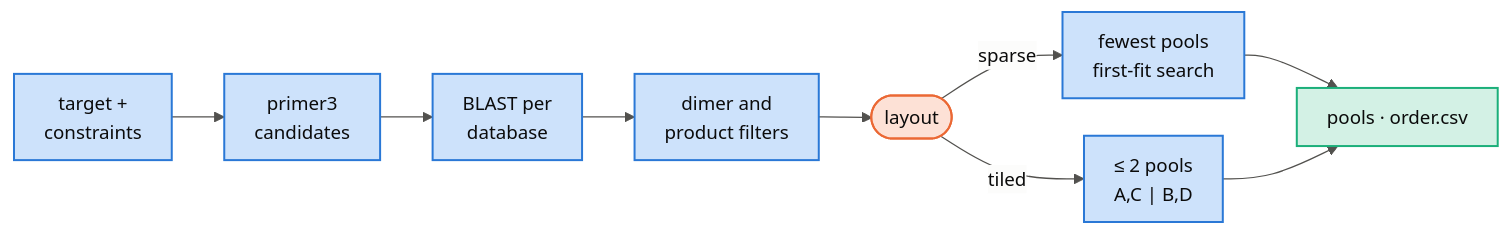
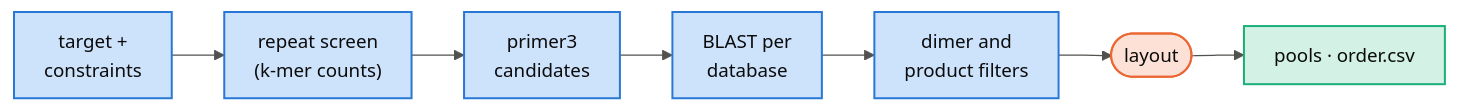
Before and after one commit to AHumanBrain/my_amplicon_project: the second of 6 diagrams in README.md, drawn with Mermaid. The commit also changed other lines of this file and 16 other files, not shown here.

First line of the commit message:
cleanup: drop IGV figure scripts, relaxed_design, ecoli_tiled_100, ncbi_data placeholder; rebuild README around SARS-CoV-2 with new figures

````diff
--- a/README.md
+++ b/README.md
@@ -82,16 +77,14 @@
 ```mermaid
 %%{init: {"theme":"base","themeVariables":{"fontFamily":"Inter, system-ui, -apple-system, Segoe UI, sans-serif","fontSize":"15px","background":"#fcfcfb","primaryColor":"#cde2fb","primaryBorderColor":"#2a78d6","primaryTextColor":"#0b0b0b","secondaryColor":"#d3f1e5","tertiaryColor":"#fde1d6","lineColor":"#52514e","textColor":"#0b0b0b","clusterBkg":"#fcfcfb","clusterBorder":"#e4e3df","edgeLabelBackground":"#fcfcfb"},"flowchart":{"curve":"basis","nodeSpacing":30,"rankSpacing":42,"padding":12}}}%%
 flowchart LR
-    S["target +<br/>constraints"]:::step --> P["primer3<br/>candidates"]:::step
+    S["target +<br/>constraints"]:::step --> U["repeat screen<br/>(k-mer counts)"]:::step
+    U --> P["primer3<br/>candidates"]:::step
     P --> B["BLAST per<br/>database"]:::step
     B --> X["dimer and<br/>product filters"]:::step
     X --> L(["layout"]):::warn
-    L -- "sparse" --> SP["fewest pools<br/>first-fit search"]:::step
-    L -- "tiled" --> TP["≤ 2 pools<br/>A,C | B,D"]:::step
-    SP --> O["pools · order.csv"]:::out
-    TP --> O
+    L --> O["pools · order.csv"]:::out
     classDef step fill:#cde2fb,stroke:#2a78d6,stroke-width:1.6px,color:#0b0b0b
     classDef out fill:#d3f1e5,stroke:#1baf7a,stroke-width:1.6px,color:#0b0b0b
     classDef warn fill:#fde1d6,stroke:#eb6834,stroke-width:1.6px,color:#0b0b0b
     classDef plain fill:#fcfcfb,stroke:#52514e,stroke-width:1.2px,color:#0b0b0b
 ```
````
